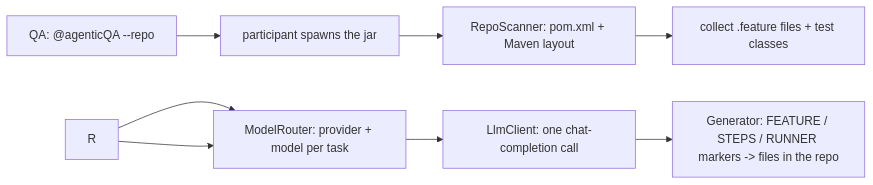
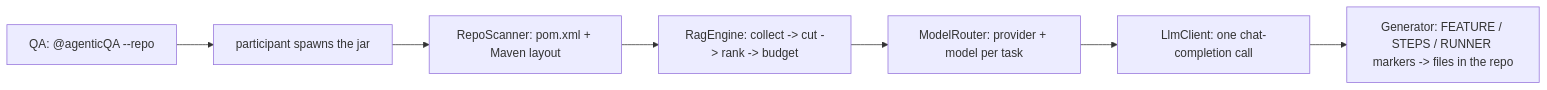
Before and after one commit to rpahuja/AgenticQA: the second of 2 diagrams in docs/architecture.md, drawn with Mermaid. The commit also changed other lines of this file and 6 other files, not shown here.

Commit message:
rag(main): single RagEngine entry point - orchestrator calls only buildContext, all RAG internals removed

````diff
--- a/docs/architecture.md
+++ b/docs/architecture.md
@@ -212,10 +212,9 @@
 ```mermaid
 flowchart LR
     Q["QA: @agenticQA --repo <path> <prompt>"] --> P["participant spawns the jar"]
     P --> S["RepoScanner: pom.xml + Maven layout"]
-    S --> C["collect .feature files + test classes"]
-    R --> M["Retriever: score pieces, pick top-k"]
+    S --> R["RagEngine: collect -> cut -> rank -> budget"]
     R --> M["ModelRouter: provider + model per task"]
     M --> L["LlmClient: one chat-completion call"]
     L --> G["Generator: FEATURE / STEPS / RUNNER markers -> files in the repo"]
 ```
````
